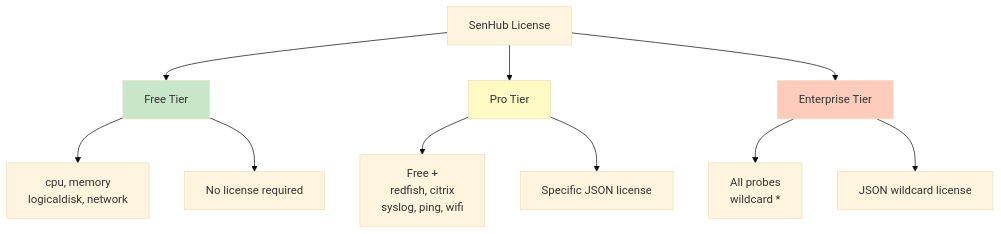
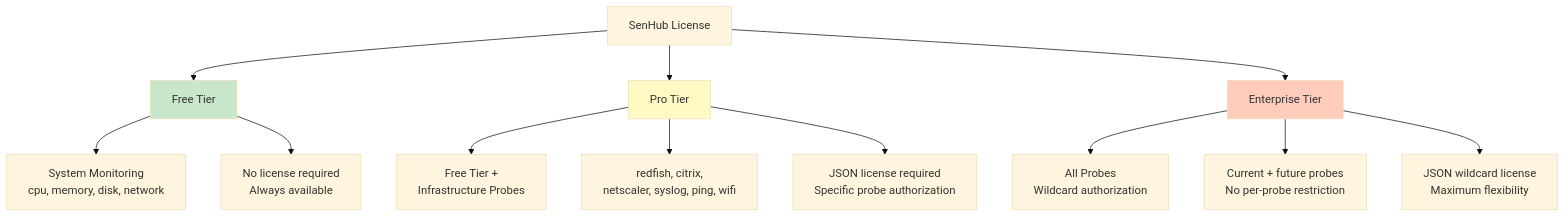
Before and after one commit to senhub-io/senhub-agent: the third of 7 diagrams in docs/user-guide/AGENT-CONFIGURATION.md, drawn with Mermaid (base theme). The commit also changed other lines of this file and 7 other files, not shown here.

````diff
--- a/docs/user-guide/AGENT-CONFIGURATION.md
+++ b/docs/user-guide/AGENT-CONFIGURATION.md
@@ -145,19 +229,21 @@
 ```mermaid
 graph TD
-    A[SenHub License] --> B[Free Tier]
-    A --> C[Pro Tier]
-    A --> D[Enterprise Tier]
+    START[SenHub License] --> FREE[Free Tier]
+    START --> PRO[Pro Tier]
+    START --> ENT[Enterprise Tier]
 
-    B --> B1[cpu, memory<br/>logicaldisk, network]
-    B --> B2[No license required]
+    FREE --> F1[System Monitoring<br/>cpu, memory, disk, network]
+    FREE --> F2[No license required<br/>Always available]
 
-    C --> C1[Free +<br/>redfish, citrix<br/>syslog, ping, wifi]
-    C --> C2[Specific JSON license]
+    PRO --> P1[Free Tier +<br/>Infrastructure Probes]
+    PRO --> P2[redfish, citrix,<br/>netscaler, syslog, ping, wifi]
+    PRO --> P3[JSON license required<br/>Specific probe authorization]
 
-    D --> D1[All probes<br/>wildcard *]
-    D --> D2[JSON wildcard license]
+    ENT --> E1[All Probes<br/>Wildcard authorization]
+    ENT --> E2[Current + future probes<br/>No per-probe restriction]
+    ENT --> E3[JSON wildcard license<br/>Maximum flexibility]
 
-    style B fill:#c8e6c9
-    style C fill:#fff9c4
-    style D fill:#ffccbc
+    style FREE fill:#c8e6c9
+    style PRO fill:#fff9c4
+    style ENT fill:#ffccbc
 ```
````
